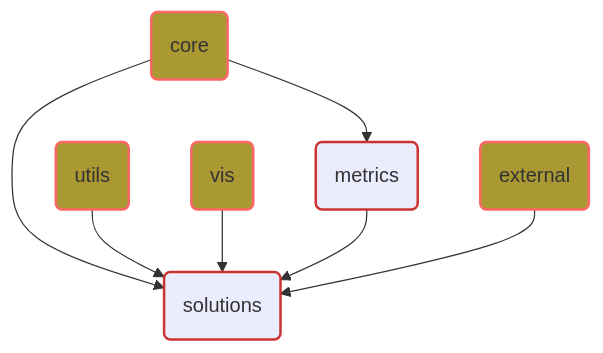
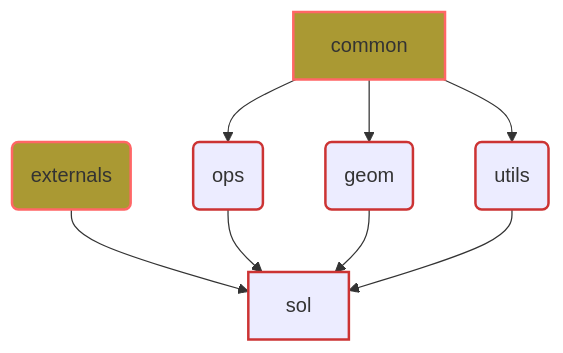
The diagram in docs/architecture.md (cshyundev/spatialkit), drawn with Mermaid before and after one commit. The commit also changed other lines of this file and 86 other files, not shown here.

````diff
--- a/docs/architecture.md
+++ b/docs/architecture.md
@@ -112,19 +108,20 @@
 ```mermaid
 graph TD
-    core("core") --> metrics("metrics")
-    core --> solutions("solutions")
-    utils("utils") --> solutions
-    vis("vis") --> solutions
-    metrics --> solutions
-    external("external") --> solutions
+    common --> ops("ops")
+    common --> geom("geom")
+    common --> utils("utils")
+    externals("externals") --> sol
+    ops --> sol
+    geom --> sol
+    utils --> sol
 
     classDef independent fill:#a93,stroke:#f66,stroke-width:2px
     classDef dependent fill:#ccs,stroke:#c33,stroke-width:2px
 
-    class core independent;
-    class utils independent;
-    class vis independent;
-    class external independent;
-    class metrics dependent;
-    class solutions dependent;
+    class common independent;
+    class utils dependent;
+    class ops dependent;
+    class geom dependent;
+    class externals independent;
+    class sol dependent;
 ```
````
